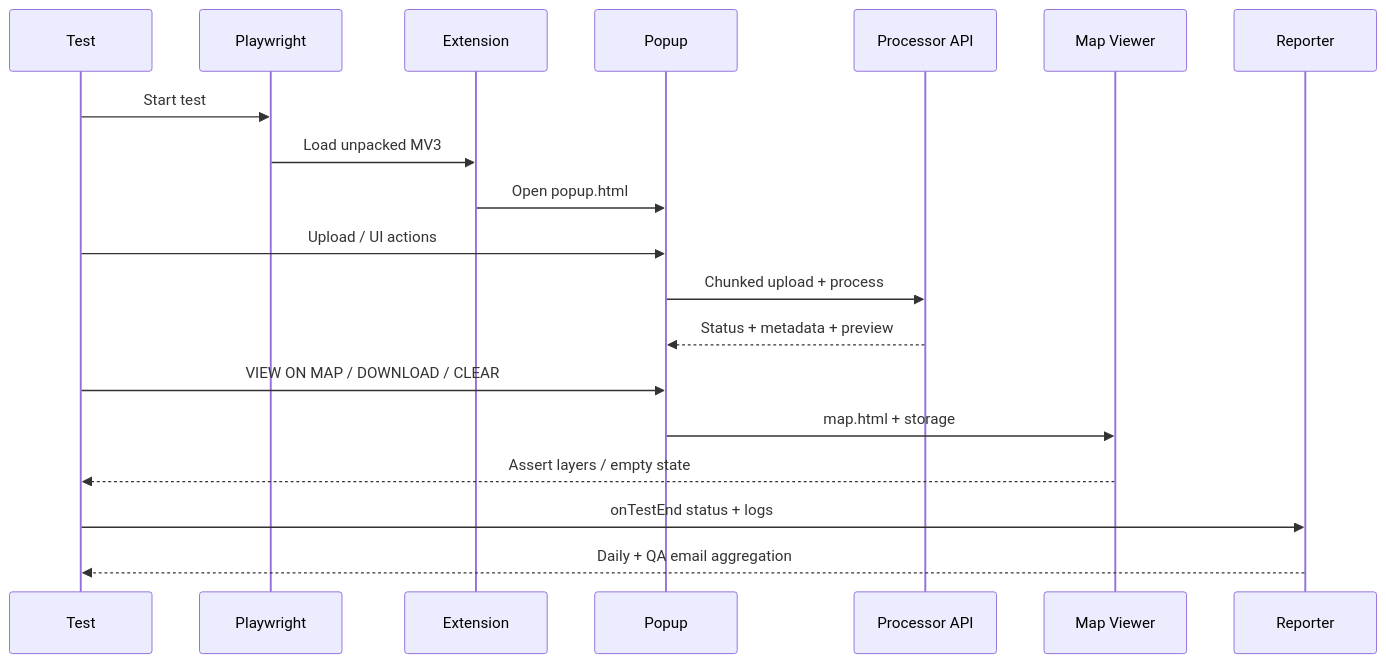
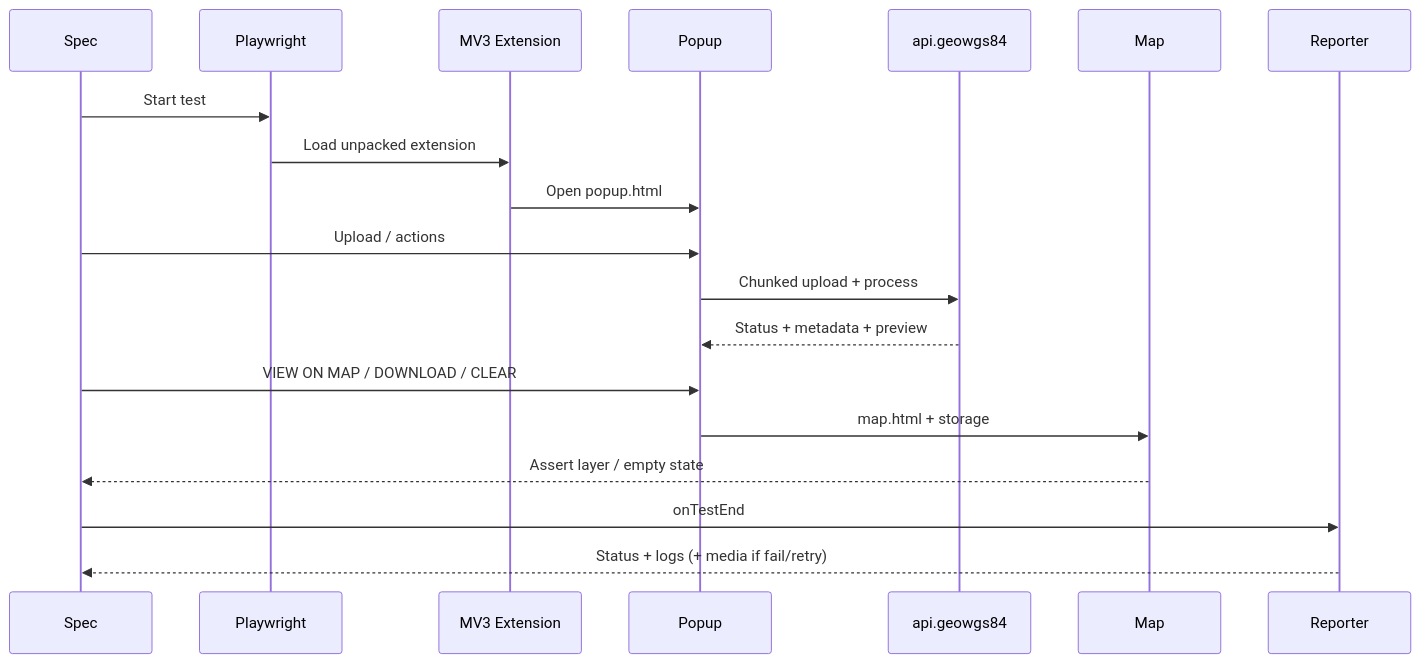
One commit to GeoWGS84-Testing/Mrsid-Extension changed the third of 38 diagrams in README.md. Above: the diagram before and after it, drawn with Mermaid. The commit also changed other lines of this file, not shown here.

````diff
--- a/README.md
+++ b/README.md
@@ -180,22 +187,22 @@
 ```mermaid
 sequenceDiagram
-  participant T as Test
+  participant Spec
   participant PW as Playwright
-  participant Ext as Extension
-  participant Pop as Popup
-  participant API as Processor API
-  participant Map as Map Viewer
-  participant R as Reporter
+  participant Ext as MV3 Extension
+  participant Popup
+  participant API as api.geowgs84
+  participant Map
+  participant Rep as Reporter
 
-  T->>PW: Start test
-  PW->>Ext: Load unpacked MV3
-  Ext->>Pop: Open popup.html
-  T->>Pop: Upload / UI actions
-  Pop->>API: Chunked upload + process
-  API-->>Pop: Status + metadata + preview
-  T->>Pop: VIEW ON MAP / DOWNLOAD / CLEAR
-  Pop->>Map: map.html + storage
-  Map-->>T: Assert layers / empty state
-  T->>R: onTestEnd status + logs
-  R-->>T: Daily + QA email aggregation
+  Spec->>PW: Start test
+  PW->>Ext: Load unpacked extension
+  Ext->>Popup: Open popup.html
+  Spec->>Popup: Upload / actions
+  Popup->>API: Chunked upload + process
+  API-->>Popup: Status + metadata + preview
+  Spec->>Popup: VIEW ON MAP / DOWNLOAD / CLEAR
+  Popup->>Map: map.html + storage
+  Map-->>Spec: Assert layer / empty state
+  Spec->>Rep: onTestEnd
+  Rep-->>Spec: Status + logs (+ media if fail/retry)
 ```
````
